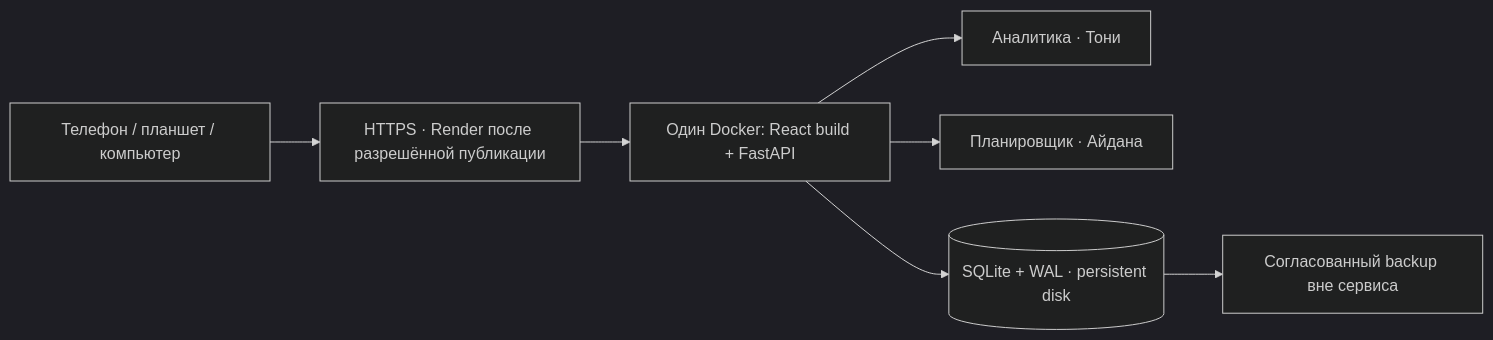
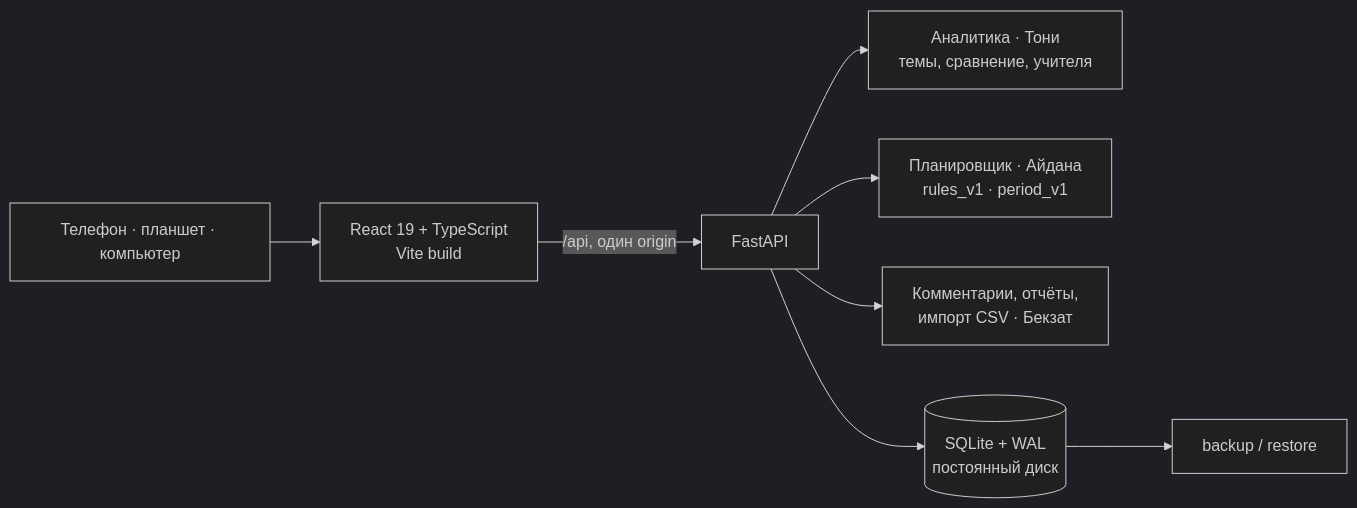
Before and after one commit to bekzatwr/data-driven-curriculum: the diagram in README.md, drawn with Mermaid (dark theme). The commit also changed other lines of this file and 11 other files, not shown here.

````diff
--- a/README.md
+++ b/README.md
@@ -138,9 +140,10 @@
 ```mermaid
 flowchart LR
-    Device["Телефон / планшет / компьютер"] --> TLS["HTTPS · Render после разрешённой публикации"]
-    TLS --> App["Один Docker: React build + FastAPI"]
-    App --> Analytics["Аналитика · Тони"]
-    App --> Planner["Планировщик · Айдана"]
-    App --> DB[("SQLite + WAL · persistent disk")]
-    DB --> Backup["Согласованный backup вне сервиса"]
+    U["Телефон · планшет · компьютер"] --> W["React 19 + TypeScript<br/>Vite build"]
+    W -->|"/api, один origin"| A["FastAPI"]
+    A --> T["Аналитика · Тони<br/>темы, сравнение, учителя"]
+    A --> P["Планировщик · Айдана<br/>rules_v1 · period_v1"]
+    A --> C["Комментарии, отчёты,<br/>импорт CSV · Бекзат"]
+    A --> D[("SQLite + WAL<br/>постоянный диск")]
+    D --> B["backup / restore"]
 ```
````
